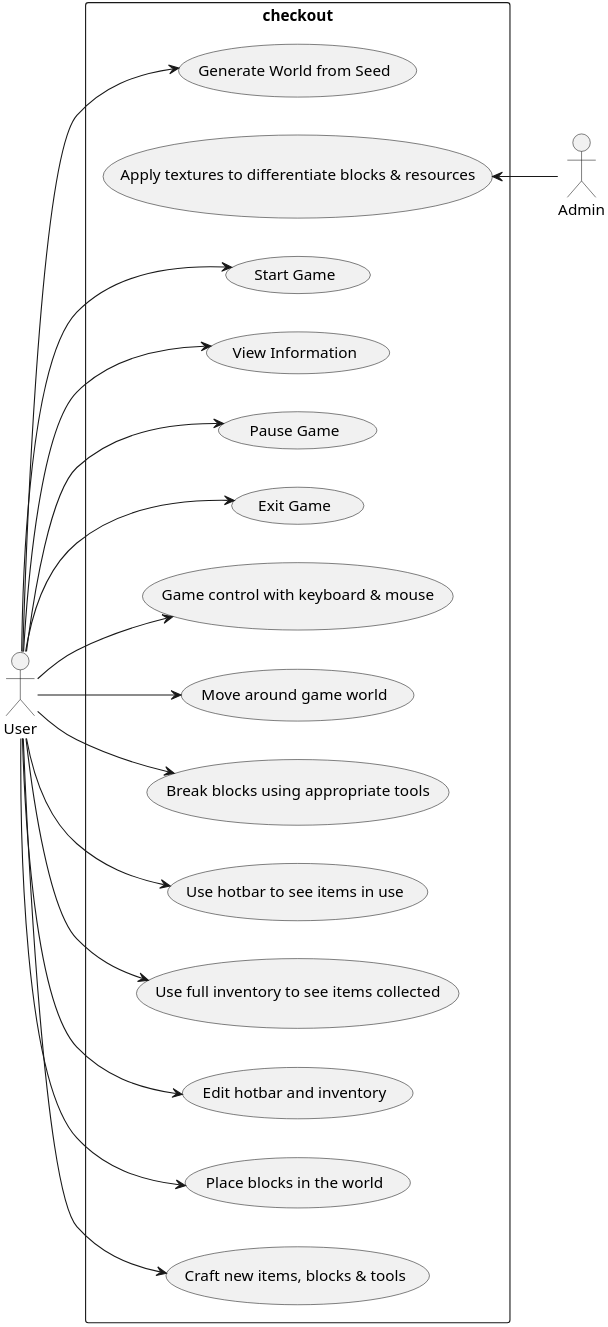
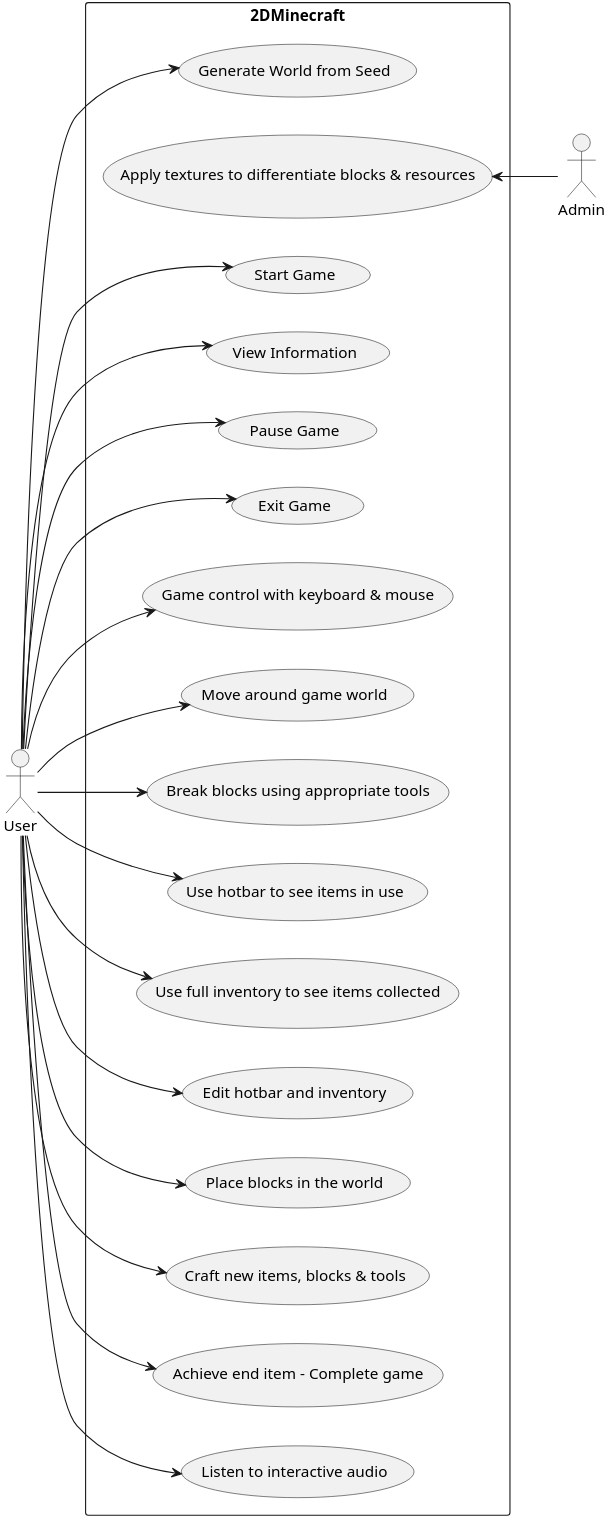
One commit to 2333263/ScrumDogMillionaires changed the diagram in Diagrams/usecase.puml. Above: the diagram before and after it, drawn with PlantUML. The commit also changed 2 other files, not shown here.

```diff
--- a/Diagrams/usecase.puml
+++ b/Diagrams/usecase.puml
@@ -1,23 +1,28 @@
 @startuml uc
 skinparam Dpi 350
+skinparam Shadowing false
+skinparam Monochrome true
+
 left to right direction
 skinparam packageStyle rectangle
 actor User
 actor Admin
-rectangle checkout {
+rectangle 2DMinecraft {
   User --> (Generate World from Seed)
   (Apply textures to differentiate blocks & resources) <-- Admin
   User --> (Start Game)
   User --> (View Information) 
   User --> (Pause Game)
   User --> (Exit Game)
   User --> (Game control with keyboard & mouse) 
   User --> (Move around game world)
   User --> (Break blocks using appropriate tools)
   User --> (Use hotbar to see items in use)
   User --> (Use full inventory to see items collected)
   User --> (Edit hotbar and inventory)
   User --> (Place blocks in the world) 
   User --> (Craft new items, blocks & tools) 
+  User --> (Achieve end item - Complete game)
+  User --> (Listen to interactive audio)
 }
 @enduml
```
